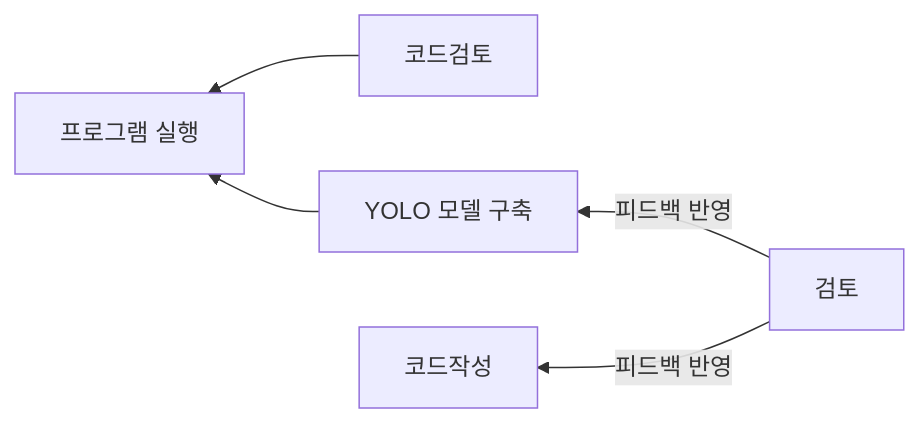
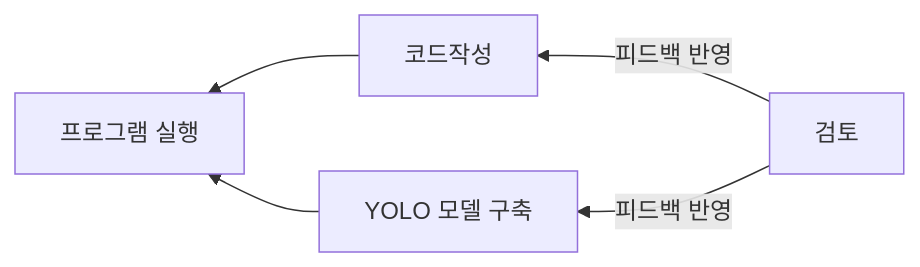
The second of 2 diagrams in README.md (gamdumdum/my-project), drawn with Mermaid before and after one commit.

````diff
--- a/README.md
+++ b/README.md
@@ -22,7 +22,7 @@
 ```mermaid
 flowchart RL
-    코드검토-->실행
+    코드-->실행
     Yolo -->실행[프로그램 실행]
     검토[검토] -->|피드백 반영|Yolo[YOLO 모델 구축]
     검토 -->|피드백 반영|코드[코드작성]
 ```
````
